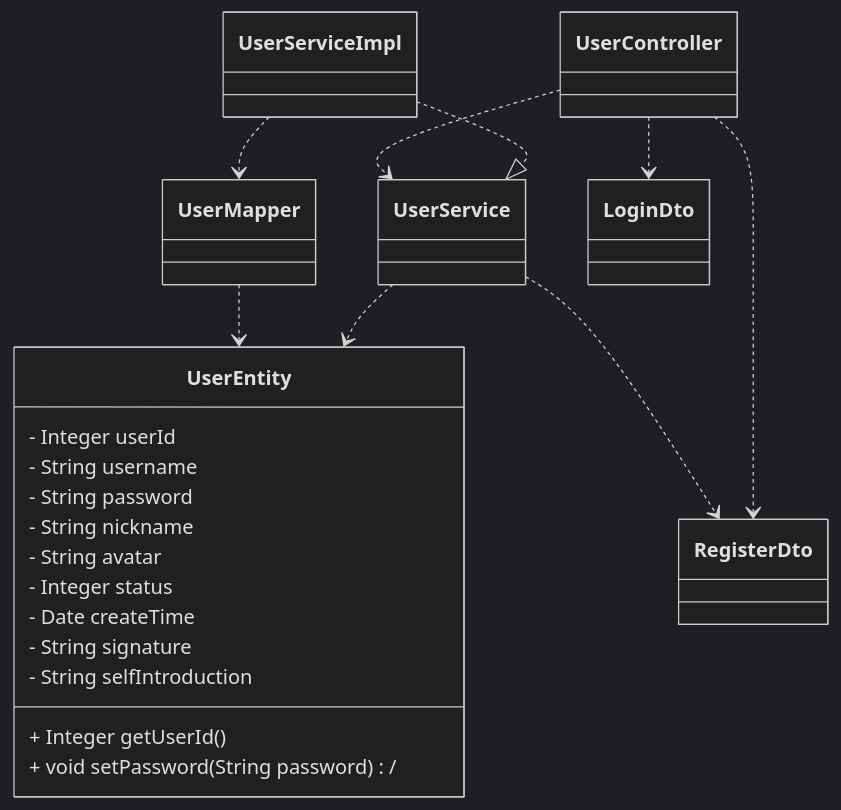
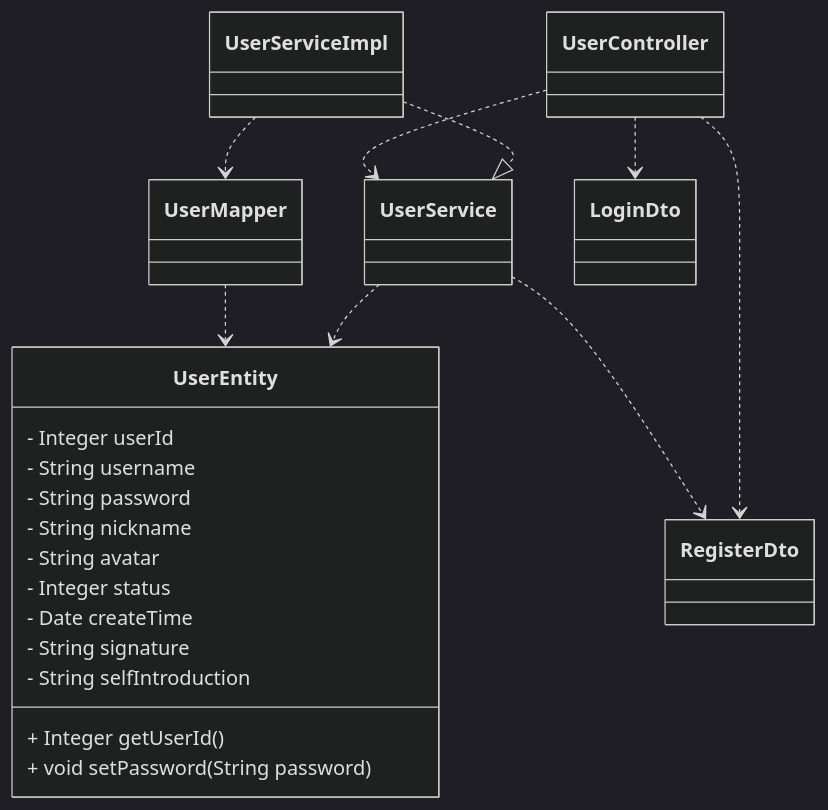
The diagram in all/未命名-1.md (DEbalanceUX/iodraw-files), drawn with Mermaid (dark theme) before and after one commit.

Commit message:
2025-12-10 22:51:47 update

````diff
--- a/all/未命名-1.md
+++ b/all/未命名-1.md
@@ -1,32 +1,32 @@
 ```mermaid
 classDiagram
     %% 实现关系：ServiceImpl 实现 Service 接口
     UserServiceImpl ..|> UserService
     %% 依赖关系：Controller 依赖 Service / ServiceImpl 依赖 Mapper
     UserController ..> UserService
     UserServiceImpl ..> UserMapper
     %% 关联关系：核心数据载体关联
     UserService ..> UserEntity
     UserMapper ..> UserEntity
     UserController ..> LoginDto
     UserController ..> RegisterDto
     UserService ..> RegisterDto
 
     %% 用户实体类（存储用户核心数据）
     class UserEntity {
         - Integer userId       
         - String username   
         - String password       
         - String nickname
         - String avatar
         - Integer status
         - Date createTime
         - String signature
         - String selfIntroduction 
         + Integer getUserId()
-        + void setPassword(String password) /
+        + void setPassword(String password)
     }
 
 
     
 ```
````
